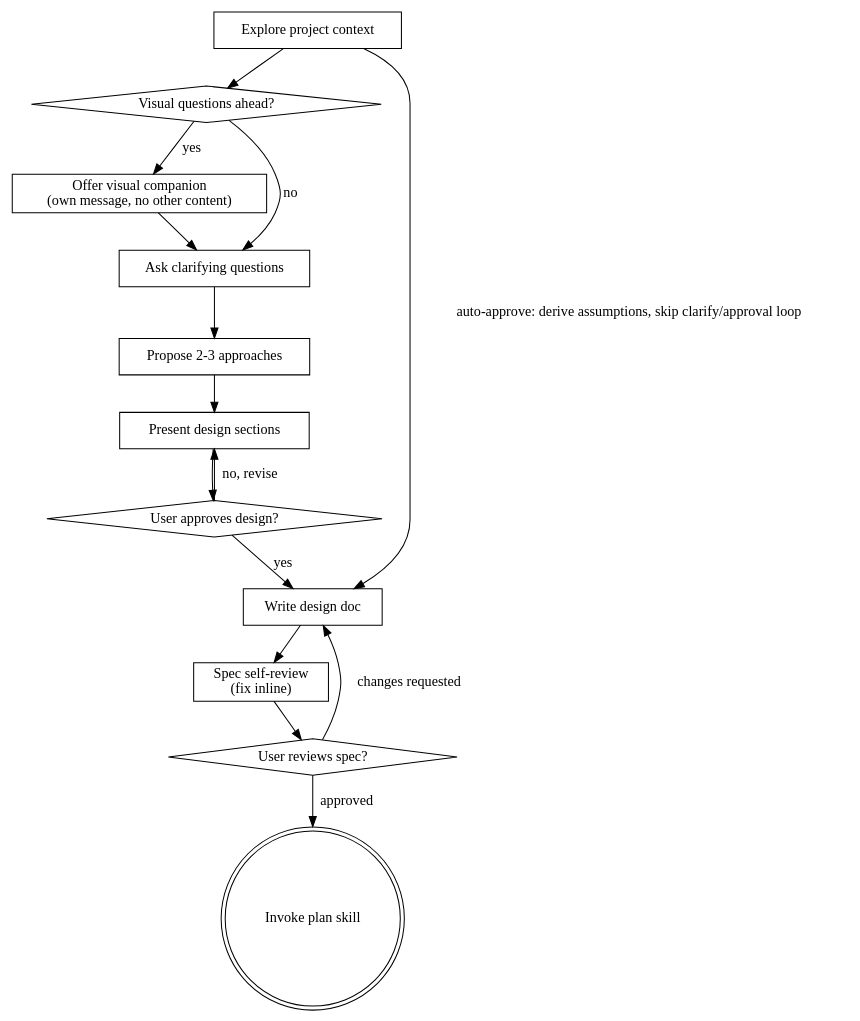
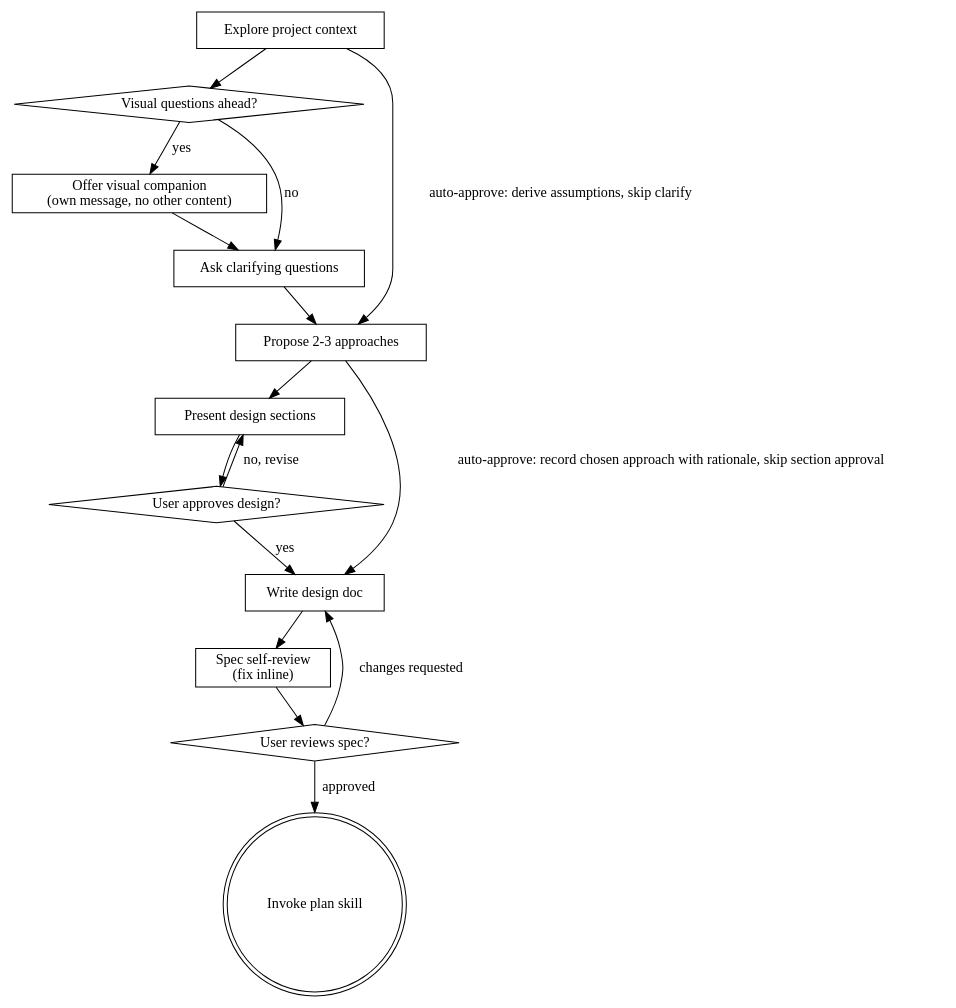
The diagram in skills/shape/SKILL.md (DennisLoska/skills), drawn with Graphviz before and after one commit. The commit also changed other lines of this file and 10 other files, not shown here.

Commit message:
docs: single plan owner and one auto-approve header format

````diff
--- a/skills/shape/SKILL.md
+++ b/skills/shape/SKILL.md
@@ -43,30 +43,31 @@
 ```dot
 digraph shape {
     "Explore project context" [shape=box];
     "Visual questions ahead?" [shape=diamond];
     "Offer visual companion\n(own message, no other content)" [shape=box];
     "Ask clarifying questions" [shape=box];
     "Propose 2-3 approaches" [shape=box];
     "Present design sections" [shape=box];
     "User approves design?" [shape=diamond];
     "Write design doc" [shape=box];
     "Spec self-review\n(fix inline)" [shape=box];
     "User reviews spec?" [shape=diamond];
     "Invoke plan skill" [shape=doublecircle];
 
     "Explore project context" -> "Visual questions ahead?";
     "Visual questions ahead?" -> "Offer visual companion\n(own message, no other content)" [label="yes"];
     "Visual questions ahead?" -> "Ask clarifying questions" [label="no"];
     "Offer visual companion\n(own message, no other content)" -> "Ask clarifying questions";
     "Ask clarifying questions" -> "Propose 2-3 approaches";
     "Propose 2-3 approaches" -> "Present design sections";
     "Present design sections" -> "User approves design?";
     "User approves design?" -> "Present design sections" [label="no, revise"];
     "User approves design?" -> "Write design doc" [label="yes"];
     "Write design doc" -> "Spec self-review\n(fix inline)";
     "Spec self-review\n(fix inline)" -> "User reviews spec?";
     "User reviews spec?" -> "Write design doc" [label="changes requested"];
     "User reviews spec?" -> "Invoke plan skill" [label="approved"];
-    "Explore project context" -> "Write design doc" [label="auto-approve: derive assumptions, skip clarify/approval loop"];
+    "Explore project context" -> "Propose 2-3 approaches" [label="auto-approve: derive assumptions, skip clarify"];
+    "Propose 2-3 approaches" -> "Write design doc" [label="auto-approve: record chosen approach with rationale, skip section approval"];
 }
 ```
````
